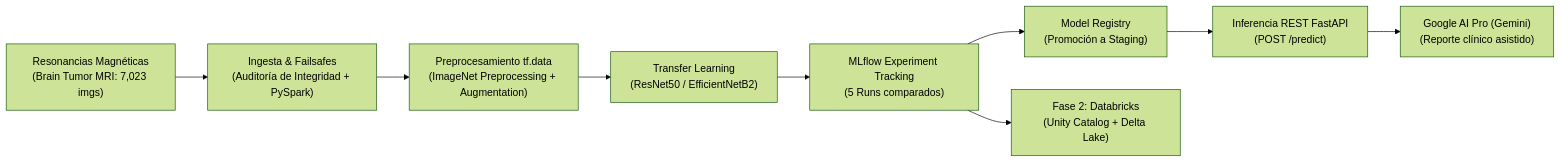
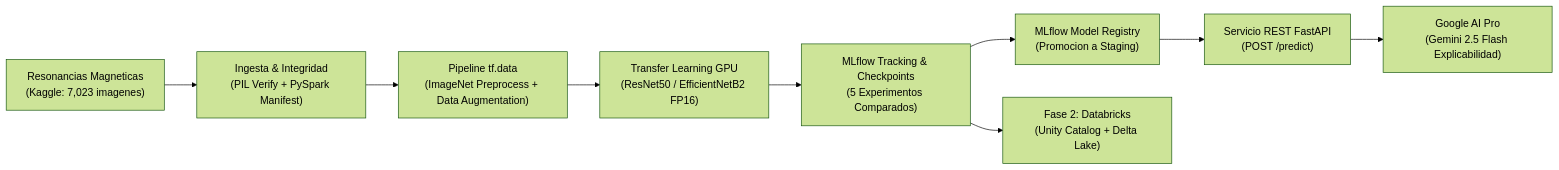
One commit to EduardCY/m3-proyecto-final-databricks-ia changed the diagram in README.md. Above: the diagram before and after it, drawn with Mermaid (forest theme). The commit also changed other lines of this file and 10 other files, not shown here.

````diff
--- a/README.md
+++ b/README.md
@@ -42,11 +41,11 @@
 ```mermaid
 flowchart LR
-    A["Resonancias Magnéticas\n(Brain Tumor MRI: 7,023 imgs)"] --> B["Ingesta & Failsafes\n(Auditoría de Integridad + PySpark)"]
-    B --> C["Preprocesamiento tf.data\n(ImageNet Preprocessing + Augmentation)"]
-    C --> D["Transfer Learning\n(ResNet50 / EfficientNetB2)"]
-    D --> E["MLflow Experiment Tracking\n(5 Runs comparados)"]
-    E --> F["Model Registry\n(Promoción a Staging)"]
-    F --> G["Inferencia REST FastAPI\n(POST /predict)"]
-    G --> H["Google AI Pro (Gemini)\n(Reporte clínico asistido)"]
+    A["Resonancias Magneticas\n(Kaggle: 7,023 imagenes)"] --> B["Ingesta & Integridad\n(PIL Verify + PySpark Manifest)"]
+    B --> C["Pipeline tf.data\n(ImageNet Preprocess + Data Augmentation)"]
+    C --> D["Transfer Learning GPU\n(ResNet50 / EfficientNetB2 FP16)"]
+    D --> E["MLflow Tracking & Checkpoints\n(5 Experimentos Comparados)"]
+    E --> F["MLflow Model Registry\n(Promocion a Staging)"]
+    F --> G["Servicio REST FastAPI\n(POST /predict)"]
+    G --> H["Google AI Pro\n(Gemini 2.5 Flash Explicabilidad)"]
     E --> I["Fase 2: Databricks\n(Unity Catalog + Delta Lake)"]
 ```
````
